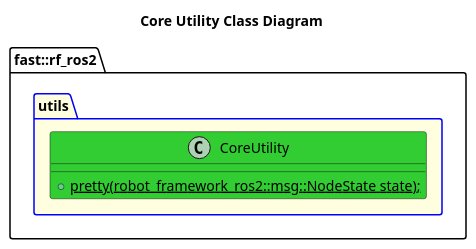
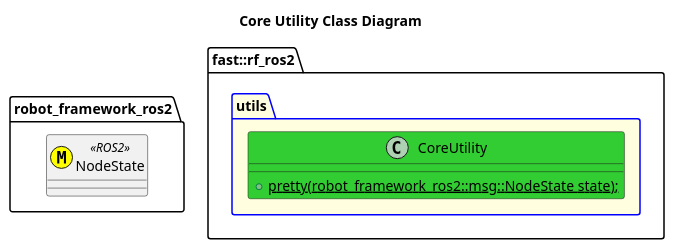
One commit to fastrobotics/robot_framework_ros2 changed the diagram in include/robot_framework_ros2/utils/doc/puml/CoreUtilityClassDiagram.puml. Above: the diagram before and after it, drawn with PlantUML. The commit also changed 11 other files, not shown here.

Commit message:
Adding architecture documents.

```diff
--- a/include/robot_framework_ros2/utils/doc/puml/CoreUtilityClassDiagram.puml
+++ b/include/robot_framework_ros2/utils/doc/puml/CoreUtilityClassDiagram.puml
@@ -1,11 +1,15 @@
 @startuml
 title Core Utility Class Diagram
+namespace robot_framework_ros2  {
+    class NodeState <<(M,#FFFF00)>> <<ROS2>>
+    
+}
 namespace fast::rf_ros2 {
     package utils  #LightYellow;line:blue {
         class CoreUtility #LimeGreen {
             +{static} pretty(robot_framework_ros2::msg::NodeState state);
         }
     }
 }
 
 @enduml
```
